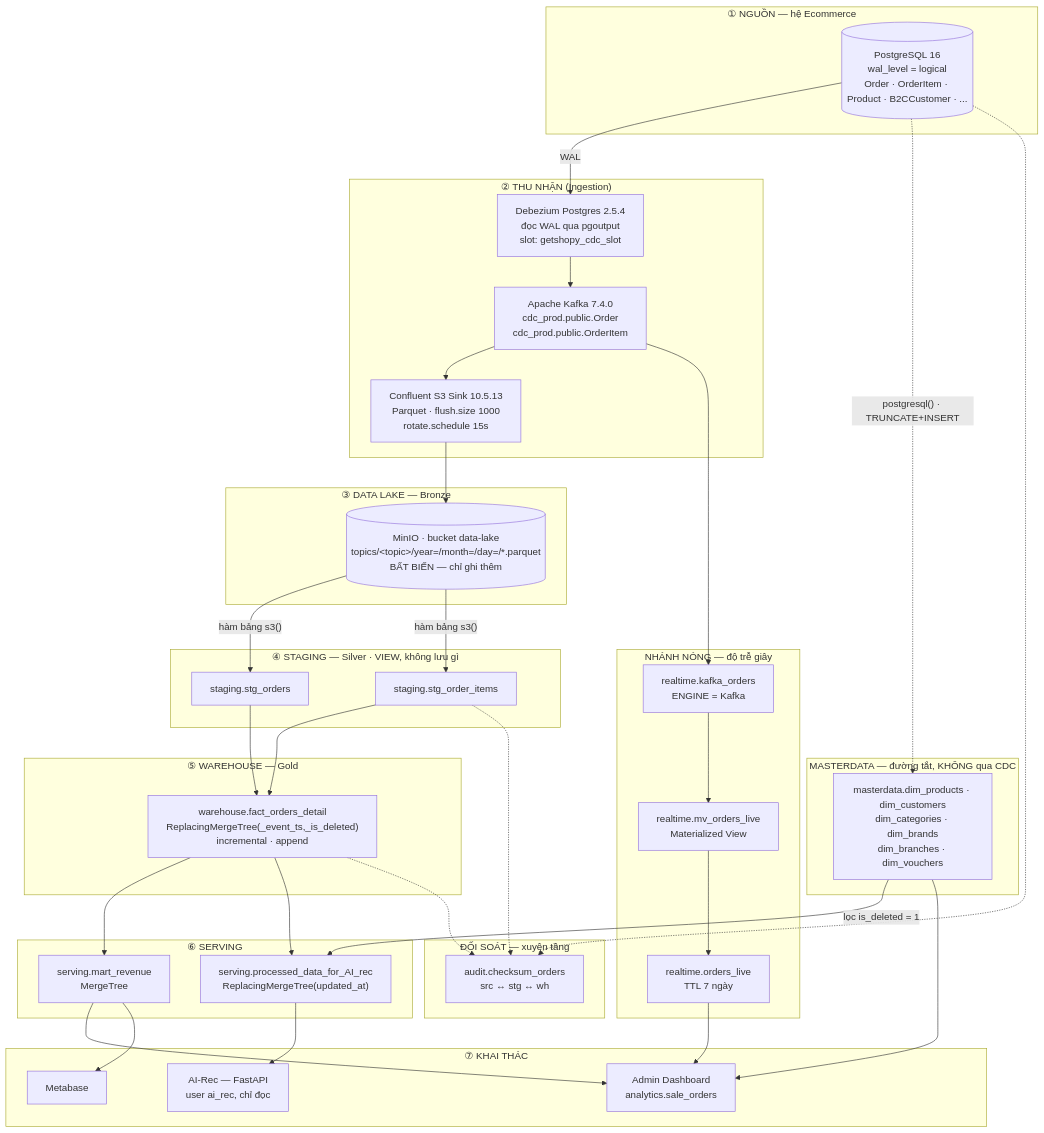
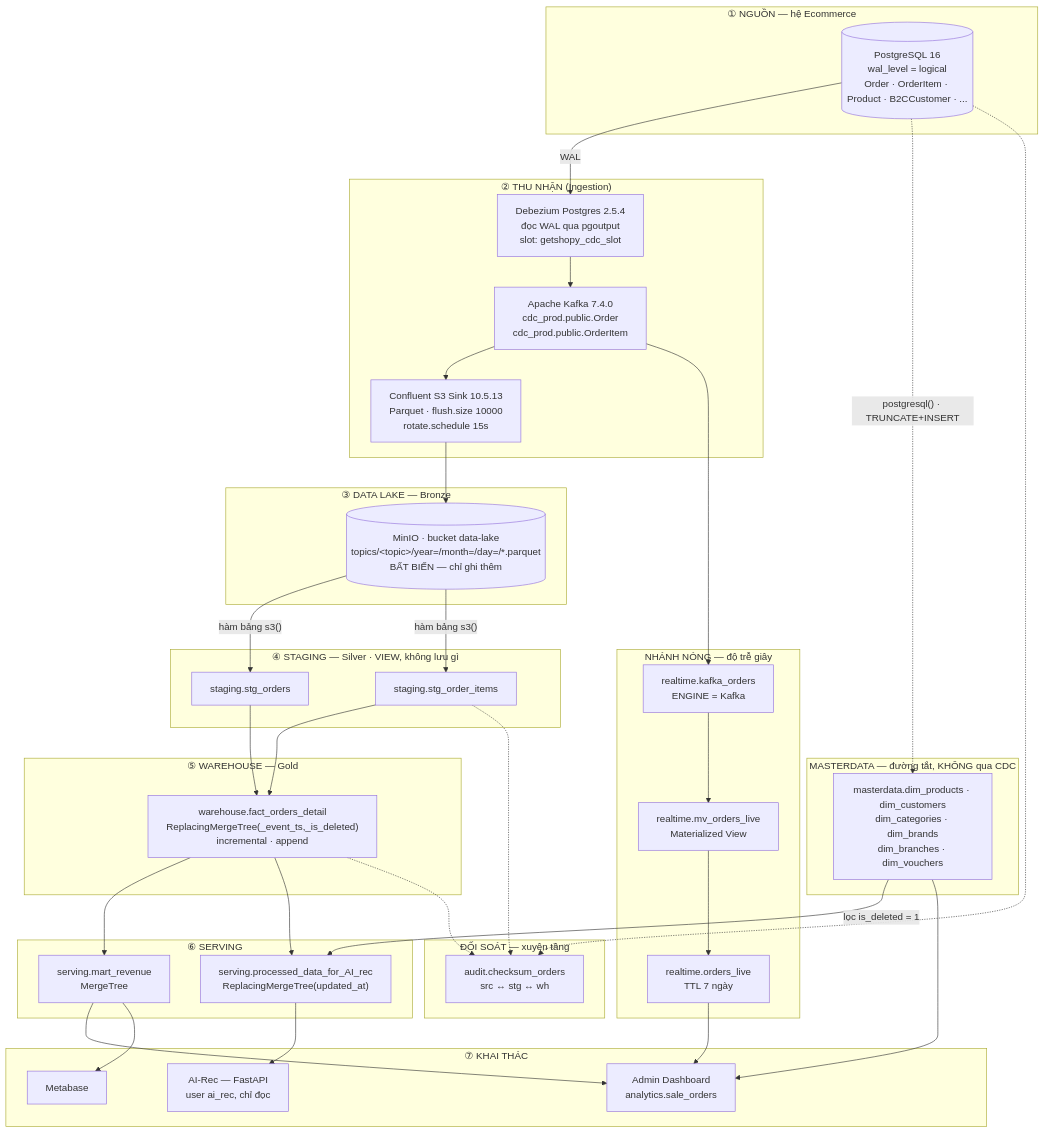
The first of 5 diagrams in local-infra-sandbox/docs/architecture.md (LeVanTrieuAn/ktln-Getshopy), drawn with Mermaid before and after one commit. The commit also changed other lines of this file and 2 other files, not shown here.

First line of the commit message:
perf(pipeline): S3 sink flush.size 1000 -> 10000, cập nhật tài liệu

````diff
--- a/local-infra-sandbox/docs/architecture.md
+++ b/local-infra-sandbox/docs/architecture.md
@@ -131,69 +131,69 @@
 ```mermaid
 flowchart TB
     subgraph SRC["① NGUỒN — hệ Ecommerce"]
         PG[("PostgreSQL 16<br/>wal_level = logical<br/>Order · OrderItem · Product · B2CCustomer · ...")]
     end
 
     subgraph ING["② THU NHẬN (Ingestion)"]
         DBZ["Debezium Postgres 2.5.4<br/>đọc WAL qua pgoutput<br/>slot: getshopy_cdc_slot"]
         KFK["Apache Kafka 7.4.0<br/>cdc_prod.public.Order<br/>cdc_prod.public.OrderItem"]
-        SNK["Confluent S3 Sink 10.5.13<br/>Parquet · flush.size 1000<br/>rotate.schedule 15s"]
+        SNK["Confluent S3 Sink 10.5.13<br/>Parquet · flush.size 10000<br/>rotate.schedule 15s"]
     end
 
     subgraph LAKE["③ DATA LAKE — Bronze"]
         MIO[("MinIO · bucket data-lake<br/>topics/&lt;topic&gt;/year=/month=/day=/*.parquet<br/>BẤT BIẾN — chỉ ghi thêm")]
     end
 
     subgraph STG["④ STAGING — Silver · VIEW, không lưu gì"]
         V1["staging.stg_orders"]
         V2["staging.stg_order_items"]
     end
 
     subgraph WHS["⑤ WAREHOUSE — Gold"]
         FCT["warehouse.fact_orders_detail<br/>ReplacingMergeTree(_event_ts,_is_deleted)<br/>incremental · append"]
     end
 
     subgraph SRV["⑥ SERVING"]
         MRT["serving.mart_revenue<br/>MergeTree"]
         AIT["serving.processed_data_for_AI_rec<br/>ReplacingMergeTree(updated_at)"]
     end
 
     subgraph MDT["MASTERDATA — đường tắt, KHÔNG qua CDC"]
         DIM["masterdata.dim_products · dim_customers<br/>dim_categories · dim_brands<br/>dim_branches · dim_vouchers"]
     end
 
     subgraph HOT["NHÁNH NÓNG — độ trễ giây"]
         KEN["realtime.kafka_orders<br/>ENGINE = Kafka"]
         MVW["realtime.mv_orders_live<br/>Materialized View"]
         OLV["realtime.orders_live<br/>TTL 7 ngày"]
     end
 
     subgraph CSM["⑦ KHAI THÁC"]
         ADM["Admin Dashboard<br/>analytics.sale_orders"]
         AIR["AI-Rec — FastAPI<br/>user ai_rec, chỉ đọc"]
         MTB["Metabase"]
     end
 
     subgraph AUD["ĐỐI SOÁT — xuyên tầng"]
         CHK["audit.checksum_orders<br/>src ↔ stg ↔ wh"]
     end
 
     PG -->|WAL| DBZ --> KFK --> SNK --> MIO
     MIO -->|"hàm bảng s3()"| V1
     MIO -->|"hàm bảng s3()"| V2
     V1 --> FCT
     V2 --> FCT
     FCT --> MRT
     FCT --> AIT
     DIM -->|"lọc is_deleted = 1"| AIT
     PG -.->|"postgresql() · TRUNCATE+INSERT"| DIM
     KFK --> KEN --> MVW --> OLV
     MRT --> ADM
     OLV --> ADM
     DIM --> ADM
     AIT --> AIR
     MRT --> MTB
     PG -.-> CHK
     V2 -.-> CHK
     FCT -.-> CHK
 ```
````
